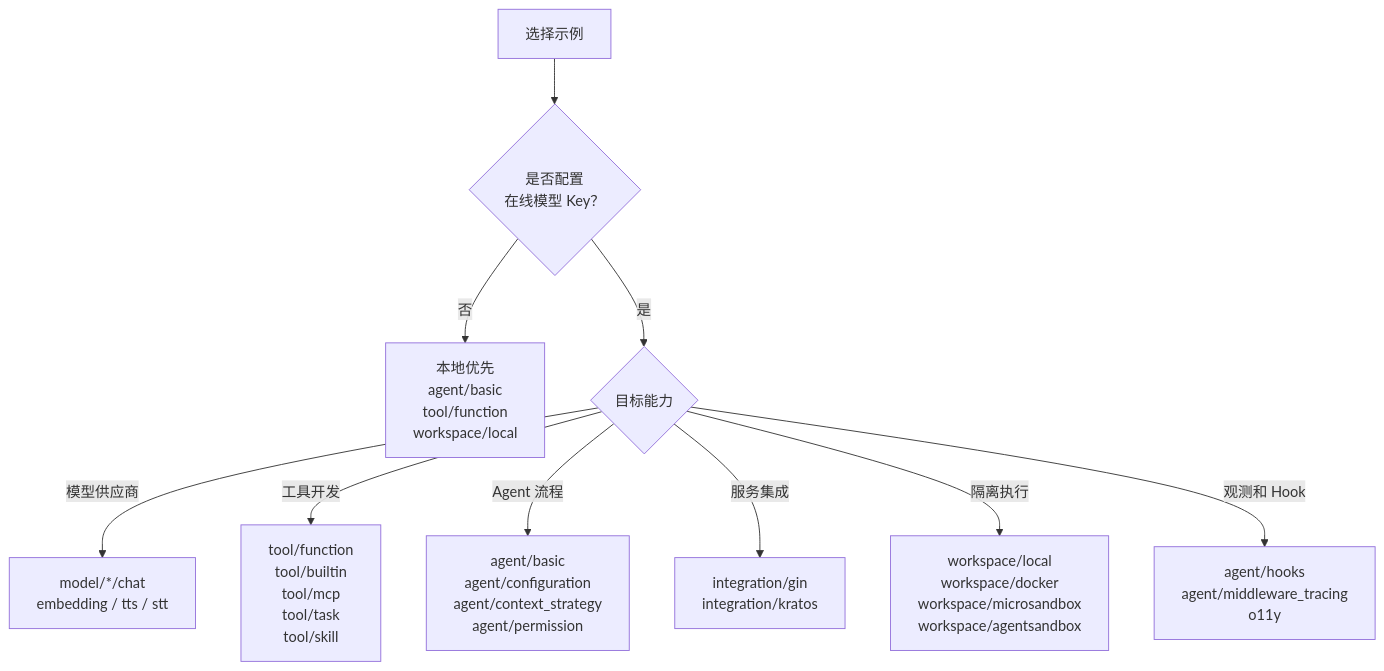
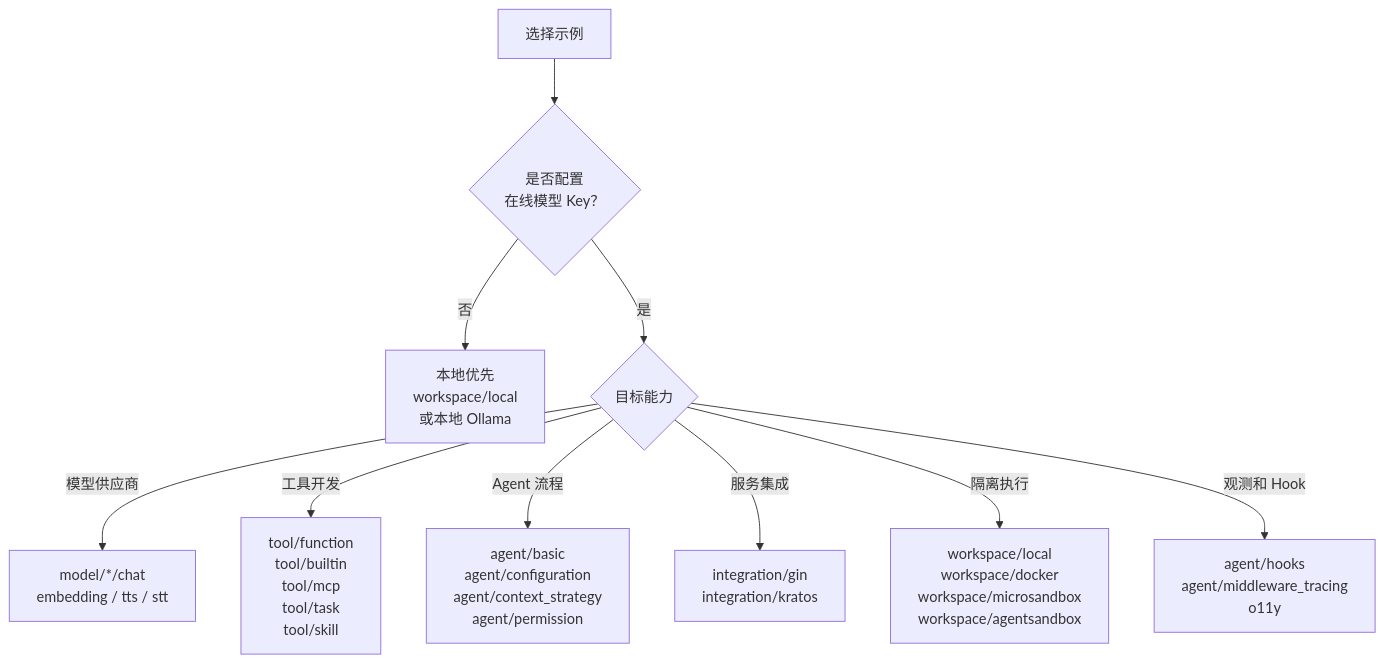
One commit to yuluo-yx/agentscope-go changed the diagram in docs/zh/task/examples.md. Above: the diagram before and after it, drawn with Mermaid. The commit also changed other lines of this file and 122 other files, not shown here.

````diff
--- a/docs/zh/task/examples.md
+++ b/docs/zh/task/examples.md
@@ -26,12 +25,12 @@
 ```{mermaid}
 flowchart TD
     Start["选择示例"] --> HasKey{"是否配置<br/>在线模型 Key？"}
-    HasKey -- 否 --> Local["本地优先<br/>agent/basic<br/>tool/function<br/>workspace/local"]
+    HasKey -- 否 --> Local["本地优先<br/>workspace/local<br/>或本地 Ollama"]
     HasKey -- 是 --> Goal{"目标能力"}
     Goal -- 模型供应商 --> Model["model/*/chat<br/>embedding / tts / stt"]
     Goal -- 工具开发 --> Tools["tool/function<br/>tool/builtin<br/>tool/mcp<br/>tool/task<br/>tool/skill"]
     Goal -- Agent 流程 --> Agent["agent/basic<br/>agent/configuration<br/>agent/context_strategy<br/>agent/permission"]
     Goal -- 服务集成 --> Integration["integration/gin<br/>integration/kratos"]
     Goal -- 隔离执行 --> Sandbox["workspace/local<br/>workspace/docker<br/>workspace/microsandbox<br/>workspace/agentsandbox"]
     Goal -- 观测和 Hook --> Hooks["agent/hooks<br/>agent/middleware_tracing<br/>o11y"]
 ```
````
